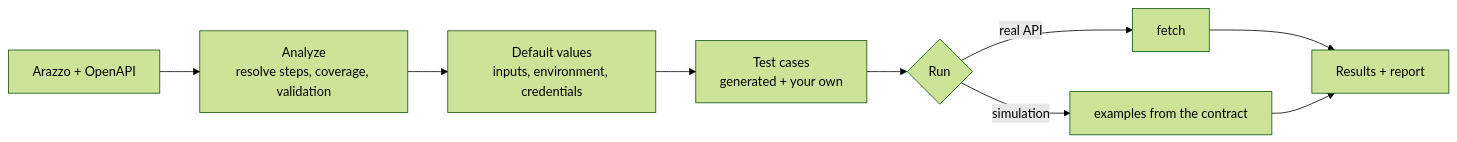
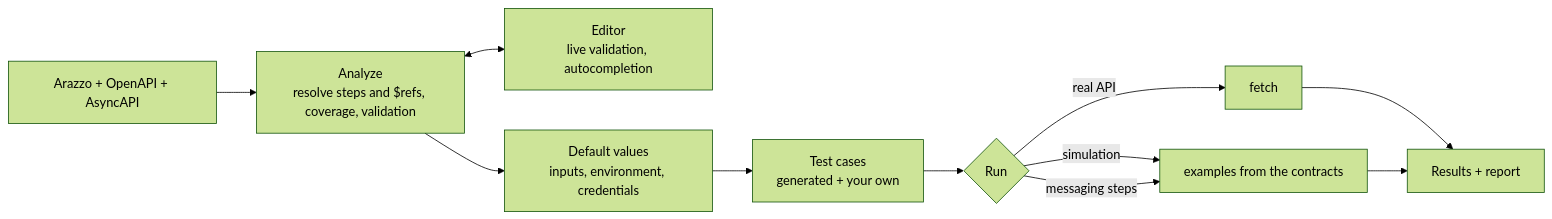
Before and after one commit to bvegaM/arazzo-studio: the diagram in README.md, drawn with Mermaid (forest theme). The commit also changed other lines of this file and 6 other files, not shown here.

First line of the commit message:
docs: README como producto, con el editor y AsyncAPI

````diff
--- a/README.md
+++ b/README.md
@@ -133,11 +169,13 @@
 ```mermaid
 flowchart LR
-    A[Arazzo + OpenAPI] --> B[Analyze<br/>resolve steps, coverage, validation]
+    A[Arazzo + OpenAPI + AsyncAPI] --> B[Analyze<br/>resolve steps and $refs, coverage, validation]
+    B <--> E[Editor<br/>live validation, autocompletion]
     B --> C[Default values<br/>inputs, environment, credentials]
     C --> D[Test cases<br/>generated + your own]
-    D --> E{Run}
-    E -->|real API| F[fetch]
-    E -->|simulation| G[examples from the contract]
+    D --> R{Run}
+    R -->|real API| F[fetch]
+    R -->|simulation| G[examples from the contracts]
+    R -->|messaging steps| G
     F --> H[Results + report]
     G --> H
 ```
````
